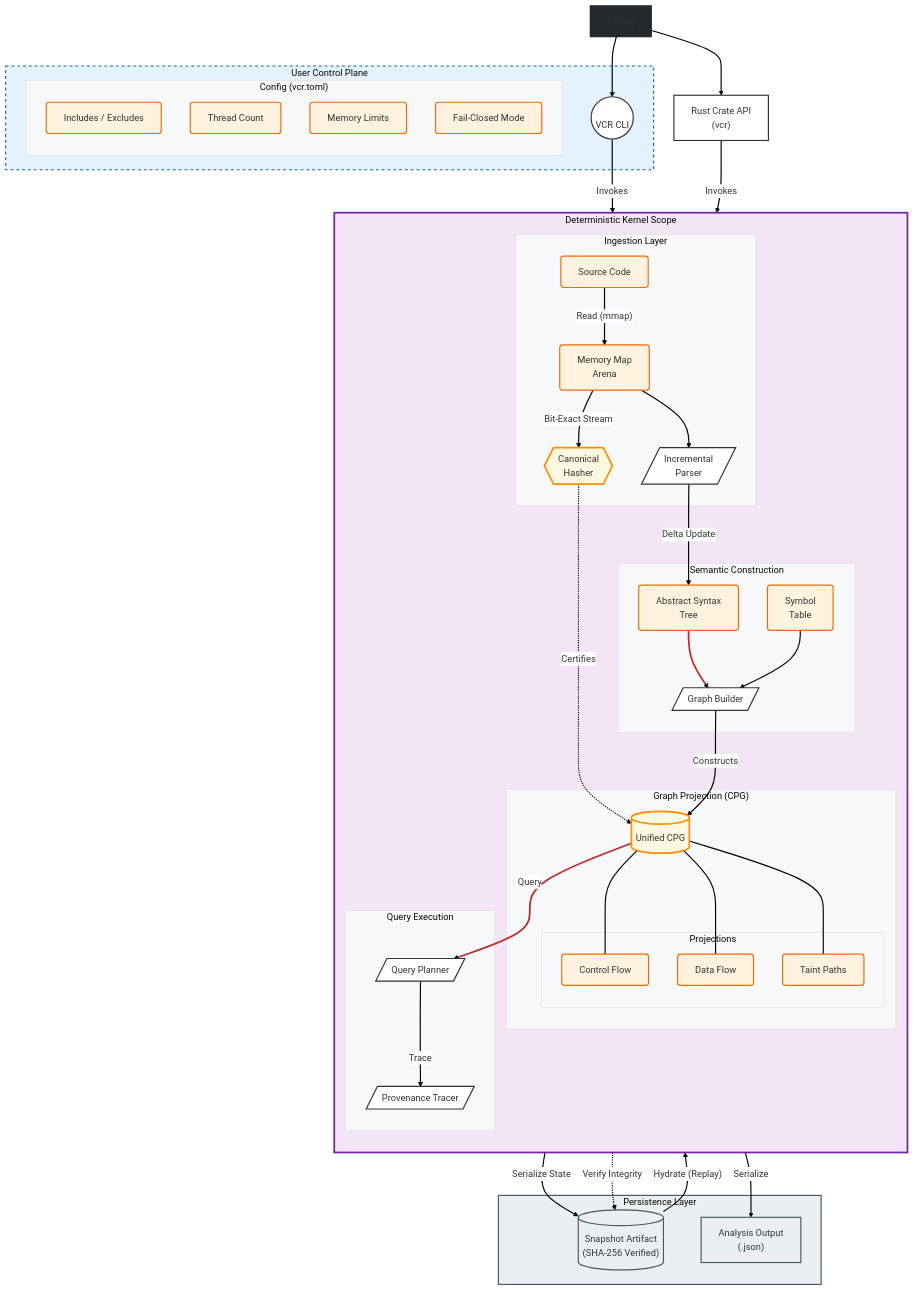
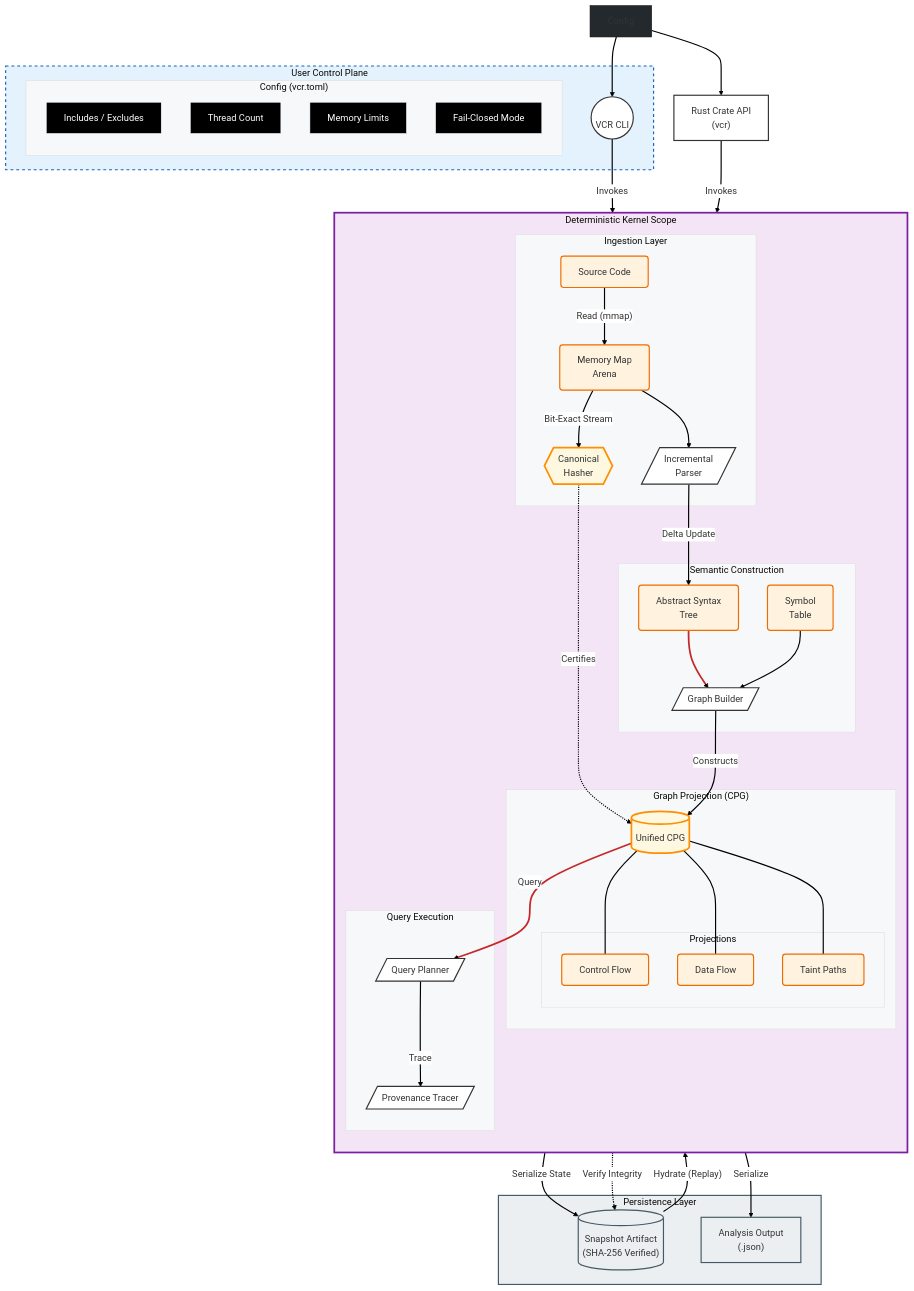
One commit to varshith-Git/vcr changed the diagram in docs/ARCHITECTURE.md. Above: the diagram before and after it, drawn with Mermaid.

Commit message:
Docs: High-Contrast Config Styling
- Styled all 'Config' nodes as Black Box with White Text (:::config)
- Maximized contrast for critical user parameters
- Final visual polish per user request.

```diff
--- a/docs/ARCHITECTURE.md
+++ b/docs/ARCHITECTURE.md
@@ -19,6 +19,7 @@
     classDef process fill:#ffffff,stroke:#333,stroke-width:2px,color:#333;
     classDef data fill:#fff3e0,stroke:#ef6c00,stroke-width:2px,rx:5,ry:5;
     classDef critical fill:#fff8e1,stroke:#ff8f00,stroke-width:3px;
+    classDef config fill:#000000,stroke:#ffffff,stroke-width:1px,color:#ffffff;
 
     %% --- User Space (Control Plane) ---
     subgraph UserSpace ["User Control Plane"]
@@ -26,10 +27,10 @@
         
         subgraph ConfigScope ["Config (vcr.toml)"]
             direction TB
-            Params1["Includes / Excludes"]:::data
-            Params2["Thread Count"]:::data
-            Params3["Memory Limits"]:::data
-            Params4["Fail-Closed Mode"]:::data
+            Params1["Includes / Excludes"]:::config
+            Params2["Thread Count"]:::config
+            Params3["Memory Limits"]:::config
+            Params4["Fail-Closed Mode"]:::config
         end
     end
     
```
